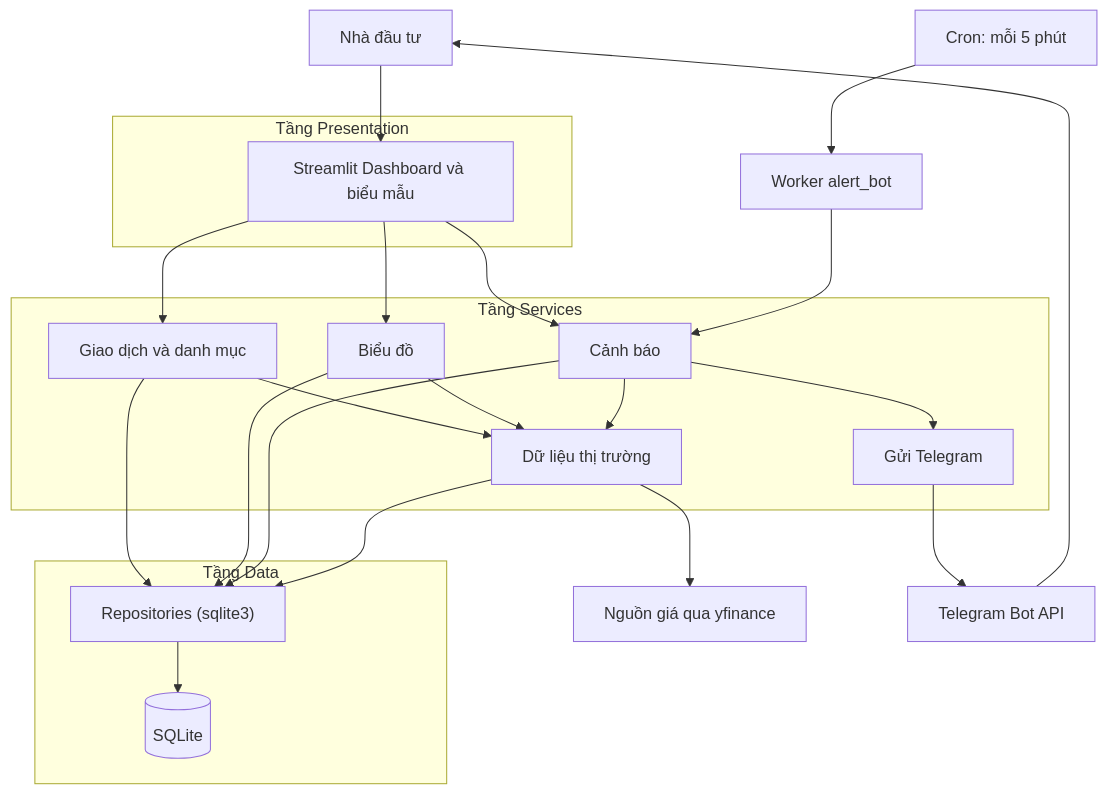
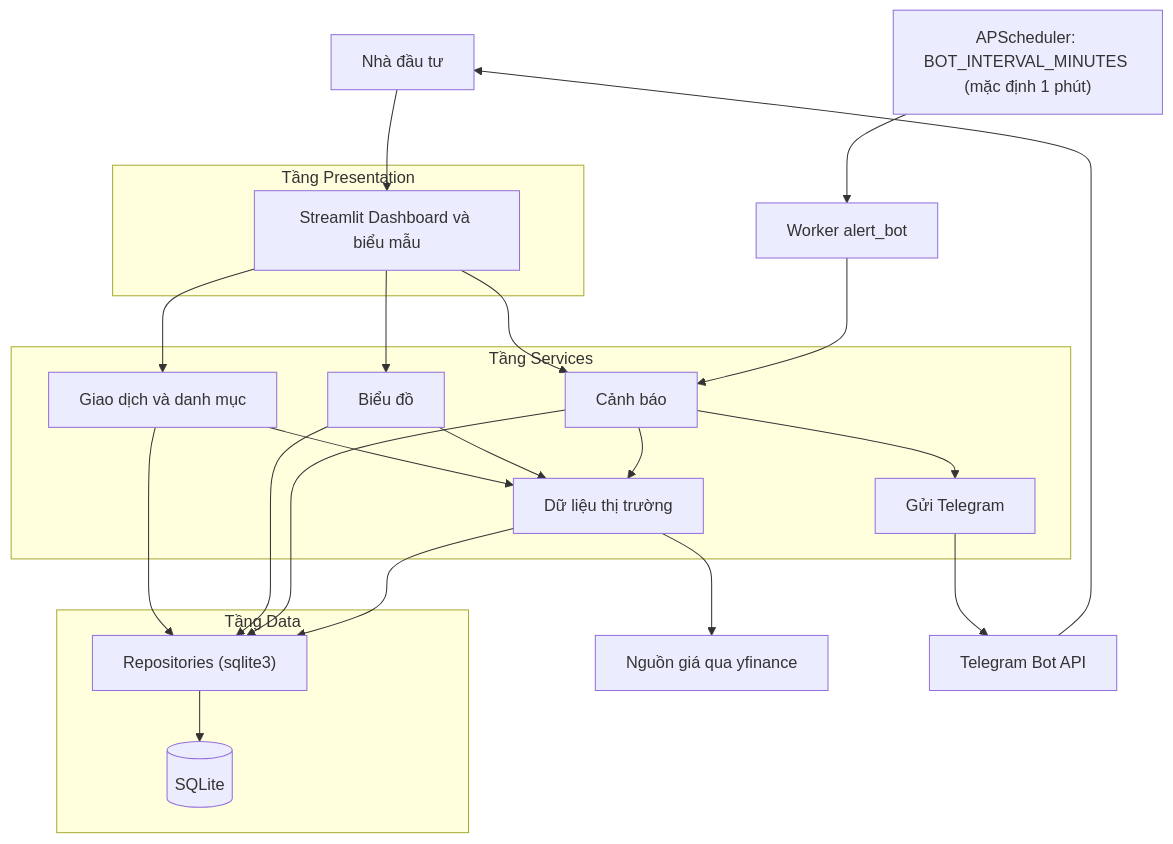
Before and after one commit to hoacangio/python-programming-excercises: the second of 7 diagrams in report-theo-doi-chung-khoan/3.phan_tich_thiet_ke.md, drawn with Mermaid. The commit also changed other lines of this file and 15 other files, not shown here.

````diff
--- a/report-theo-doi-chung-khoan/3.phan_tich_thiet_ke.md
+++ b/report-theo-doi-chung-khoan/3.phan_tich_thiet_ke.md
@@ -104,35 +105,35 @@
 ```mermaid
 flowchart TB
     U[Nhà đầu tư] --> UI
     subgraph P[Tầng Presentation]
         UI[Streamlit Dashboard và biểu mẫu]
     end
-    Cron[Cron: mỗi 5 phút] --> Worker[Worker alert_bot]
+    Cron["APScheduler: BOT_INTERVAL_MINUTES (mặc định 1 phút)"] --> Worker[Worker alert_bot]
     UI --> Portfolio
     UI --> Chart
     UI --> Alert
     Worker --> Alert
     subgraph S[Tầng Services]
         Portfolio[Giao dịch và danh mục]
         Market[Dữ liệu thị trường]
         Chart[Biểu đồ]
         Alert[Cảnh báo]
         Message[Gửi Telegram]
         Portfolio --> Market
         Chart --> Market
         Alert --> Market
         Alert --> Message
     end
     subgraph D[Tầng Data]
         Repo["Repositories (sqlite3)"]
         DB[(SQLite)]
         Repo --> DB
     end
     Portfolio --> Repo
     Chart --> Repo
     Alert --> Repo
     Market --> Repo
     Market --> YF[Nguồn giá qua yfinance]
     Message --> TG[Telegram Bot API]
     TG --> U
 ```
````
